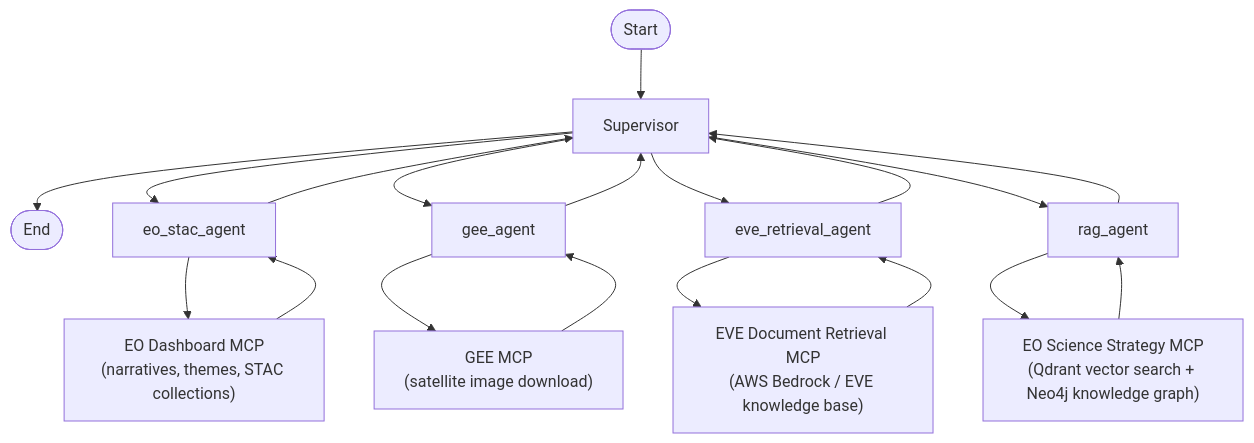
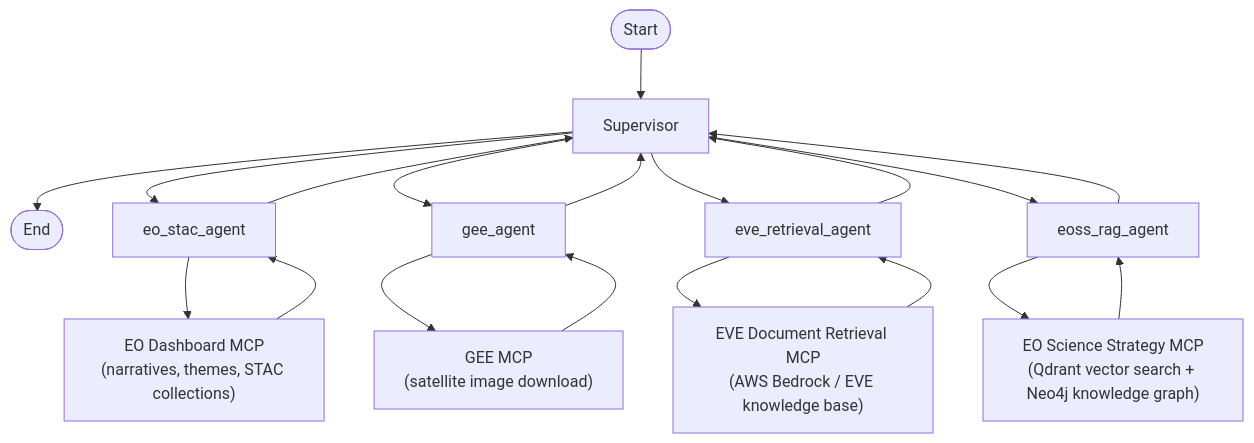
The diagram in README.md (Riccardo7-DS/agenticeoecosystem), drawn with Mermaid before and after one commit. The commit also changed other lines of this file and 22 other files, not shown here.

````diff
--- a/README.md
+++ b/README.md
@@ -161,38 +34,32 @@
 ```mermaid
 graph TD
 
     Start([Start])
     End([End])
 
-    %% Supervisor
     Start --> Supervisor
 
     Supervisor --> EO_STAC[eo_stac_agent]
     Supervisor --> GEE[gee_agent]
     Supervisor --> EVE[eve_retrieval_agent]
-    Supervisor --> RAG[rag_agent]
+    Supervisor --> RAG[eoss_rag_agent]
 
-    %% EO Dashboard agent
     EO_STAC --> EO_MCP["EO Dashboard MCP\n(narratives, themes, STAC collections)"]
     EO_MCP --> EO_STAC
 
-    %% GEE agent
     GEE --> GEE_MCP["GEE MCP\n(satellite image download)"]
     GEE_MCP --> GEE
 
-    %% EVE retrieval agent
     EVE --> EVE_MCP["EVE Document Retrieval MCP\n(AWS Bedrock / EVE knowledge base)"]
     EVE_MCP --> EVE
 
-    %% Hybrid RAG agent
     RAG --> HYBRIDRAG_MCP["EO Science Strategy MCP\n(Qdrant vector search + Neo4j knowledge graph)"]
     HYBRIDRAG_MCP --> RAG
 
-    %% Return to supervisor
     EO_STAC --> Supervisor
     GEE --> Supervisor
     EVE --> Supervisor
     RAG --> Supervisor
 
     Supervisor --> End
 ```
````
